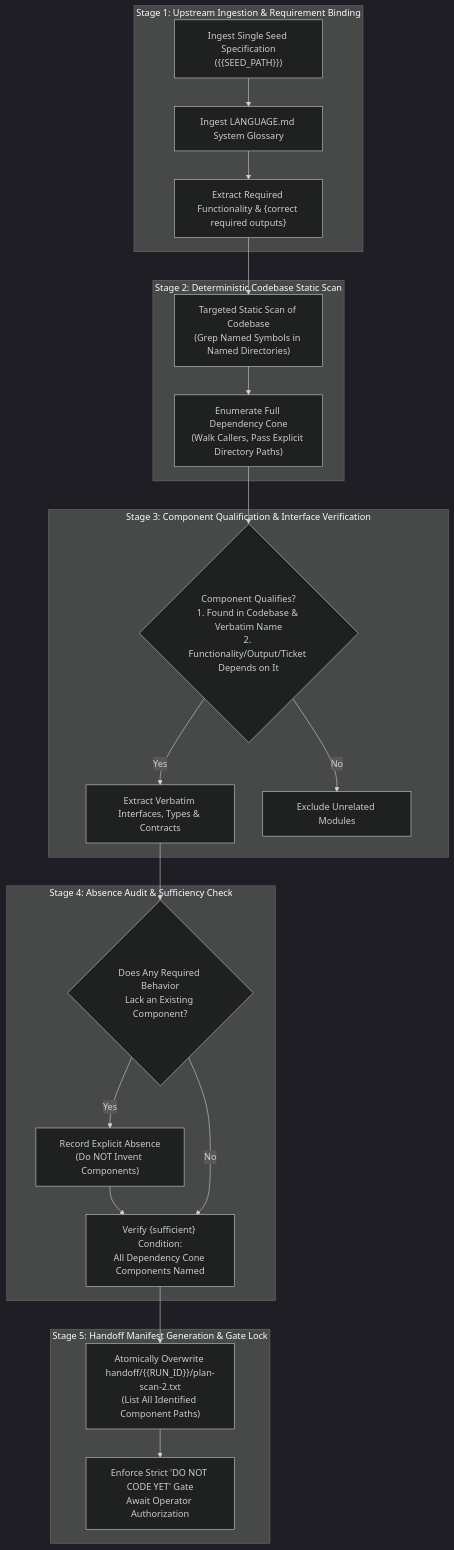
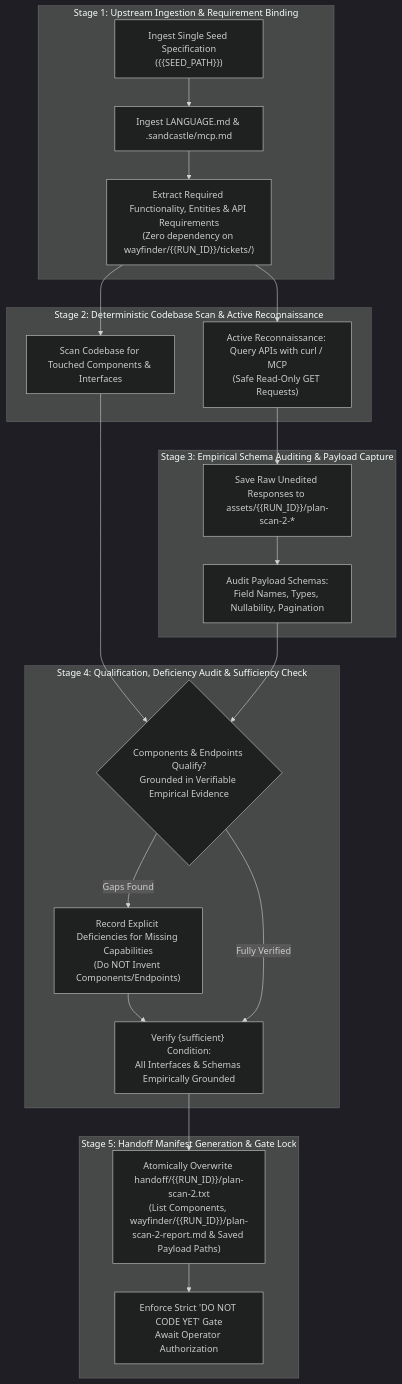
The diagram in .sandcastle/plan-scan-2.md (LuisP1028/Bartending), drawn with Mermaid (dark theme) before and after one commit. The commit also changed other lines of this file and 14 other files, not shown here.

````diff
--- a/.sandcastle/plan-scan-2.md
+++ b/.sandcastle/plan-scan-2.md
@@ -138,39 +171,38 @@
 ```mermaid
 flowchart TD
     subgraph STAGE_1["Stage 1: Upstream Ingestion & Requirement Binding"]
         INGEST_SEED["Ingest Single Seed Specification\n({{SEED_PATH}})"]
-        INGEST_GLOSSARY["Ingest LANGUAGE.md System Glossary"]
-        INGEST_SPECS["Extract Required Functionality & {correct required outputs}"]
+        INGEST_GLOSSARY["Ingest LANGUAGE.md & .sandcastle/mcp.md"]
+        INGEST_SPECS["Extract Required Functionality, Entities & API Requirements\n(Zero dependency on wayfinder/{{RUN_ID}}/tickets/)"]
         INGEST_SEED --> INGEST_GLOSSARY --> INGEST_SPECS
     end
 
-    subgraph STAGE_2["Stage 2: Deterministic Codebase Static Scan"]
-        SCAN_CODEBASE["Targeted Static Scan of Codebase\n(Grep Named Symbols in Named Directories)"]
-        TRACE_CONE["Enumerate Full Dependency Cone\n(Walk Callers, Pass Explicit Directory Paths)"]
-        INGEST_SPECS --> SCAN_CODEBASE --> TRACE_CONE
+    subgraph STAGE_2["Stage 2: Deterministic Codebase Scan & Active Reconnaissance"]
+        SCAN_CODEBASE["Scan Codebase for Touched Components & Interfaces"]
+        PROBE_APIS["Active Reconnaissance: Query APIs with curl / MCP\n(Safe Read-Only GET Requests)"]
+        INGEST_SPECS --> SCAN_CODEBASE
+        INGEST_SPECS --> PROBE_APIS
     end
 
-    subgraph STAGE_3["Stage 3: Component Qualification & Interface Verification"]
-        QUAL_GATE{"Component Qualifies?\n1. Found in Codebase & Verbatim Name\n2. Functionality/Output/Ticket Depends on It"}
-        MAP_INTERFACE["Extract Verbatim Interfaces, Types & Contracts"]
-        DISCARD_UNRELATED["Exclude Unrelated Modules"]
-        TRACE_CONE --> QUAL_GATE
-        QUAL_GATE -->|Yes| MAP_INTERFACE
-        QUAL_GATE -->|No| DISCARD_UNRELATED
+    subgraph STAGE_3["Stage 3: Empirical Schema Auditing & Payload Capture"]
+        CAPTURE_PAYLOADS["Save Raw Unedited Responses to assets/{{RUN_ID}}/plan-scan-2-*"]
+        AUDIT_SCHEMAS["Audit Payload Schemas:\nField Names, Types, Nullability, Pagination"]
+        PROBE_APIS --> CAPTURE_PAYLOADS --> AUDIT_SCHEMAS
     end
 
-    subgraph STAGE_4["Stage 4: Absence Audit & Sufficiency Check"]
-        AUDIT_ABSENCE{"Does Any Required Behavior\nLack an Existing Component?"}
-        RECORD_ABSENCE["Record Explicit Absence\n(Do NOT Invent Components)"]
-        CHECK_SUFF["Verify {sufficient} Condition:\nAll Dependency Cone Components Named"]
-        MAP_INTERFACE --> AUDIT_ABSENCE
-        AUDIT_ABSENCE -->|Yes| RECORD_ABSENCE --> CHECK_SUFF
-        AUDIT_ABSENCE -->|No| CHECK_SUFF
+    subgraph STAGE_4["Stage 4: Qualification, Deficiency Audit & Sufficiency Check"]
+        QUAL_GATE{"Components & Endpoints Qualify?\nGrounded in Verifiable Empirical Evidence"}
+        RECORD_DEFICIENCY["Record Explicit Deficiencies for Missing Capabilities\n(Do NOT Invent Components/Endpoints)"]
+        CHECK_SUFF["Verify {sufficient} Condition:\nAll Interfaces & Schemas Empirically Grounded"]
+        SCAN_CODEBASE --> QUAL_GATE
+        AUDIT_SCHEMAS --> QUAL_GATE
+        QUAL_GATE -->|Gaps Found| RECORD_DEFICIENCY --> CHECK_SUFF
+        QUAL_GATE -->|Fully Verified| CHECK_SUFF
     end
 
     subgraph STAGE_5["Stage 5: Handoff Manifest Generation & Gate Lock"]
-        GEN_MANIFEST["Atomically Overwrite handoff/{{RUN_ID}}/plan-scan-2.txt\n(List All Identified Component Paths)"]
+        GEN_MANIFEST["Atomically Overwrite handoff/{{RUN_ID}}/plan-scan-2.txt\n(List Components, wayfinder/{{RUN_ID}}/plan-scan-2-report.md & Saved Payload Paths)"]
         LOCK_GATE["Enforce Strict 'DO NOT CODE YET' Gate\nAwait Operator Authorization"]
         CHECK_SUFF --> GEN_MANIFEST --> LOCK_GATE
     end
 ```
````
